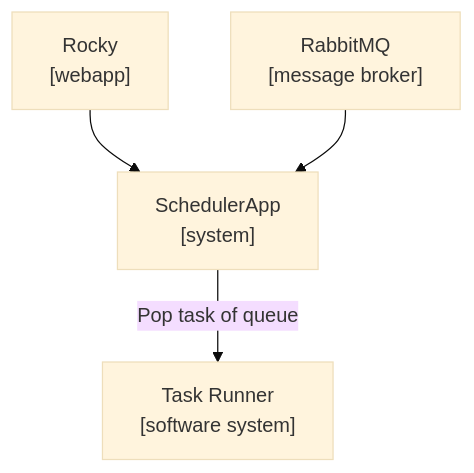
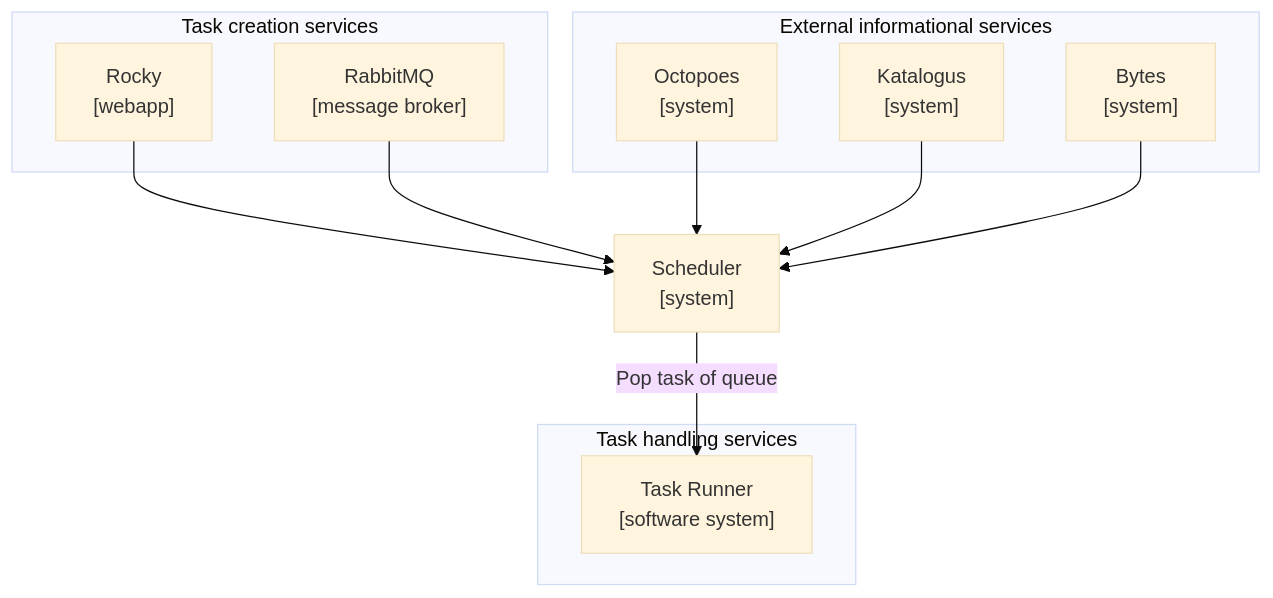
The first of 6 diagrams in mula/docs/architecture.md (minvws/nl-kat-coordination), drawn with Mermaid (base theme) before and after one commit. The commit also changed other lines of this file and 9 other files, not shown here.

Commit message:
Replace svg with mermaid diagrams

````diff
--- a/mula/docs/architecture.md
+++ b/mula/docs/architecture.md
@@ -47,12 +43,28 @@
 ```mermaid
-graph TB
-    Rocky["Rocky<br/>[webapp]"]
-    RabbitMQ["RabbitMQ<br/>[message broker]"]
-    Scheduler["SchedulerApp<br/>[system]"]
-    TaskRunner["Task Runner<br/>[software system]"]
+flowchart TB
+    subgraph "External informational services"
+        Octopoes["Octopoes<br/>[system]"]
+        Katalogus["Katalogus<br/>[system]"]
+        Bytes["Bytes<br/>[system]"]
+    end
+    subgraph "Task creation services"
+        Rocky["Rocky<br/>[webapp]"]
+        RabbitMQ["RabbitMQ<br/>[message broker]"]
+    end
+
+    Scheduler["Scheduler<br/>[system]"]
+
+    subgraph "Task handling services"
+        TaskRunner["Task Runner<br/>[software system]"]
+    end
 
     Rocky-->Scheduler
     RabbitMQ-->Scheduler
 
+    Octopoes-->Scheduler
+    Katalogus-->Scheduler
+    Bytes-->Scheduler
+
+
     Scheduler--"Pop task of queue"-->TaskRunner
 ```
````
